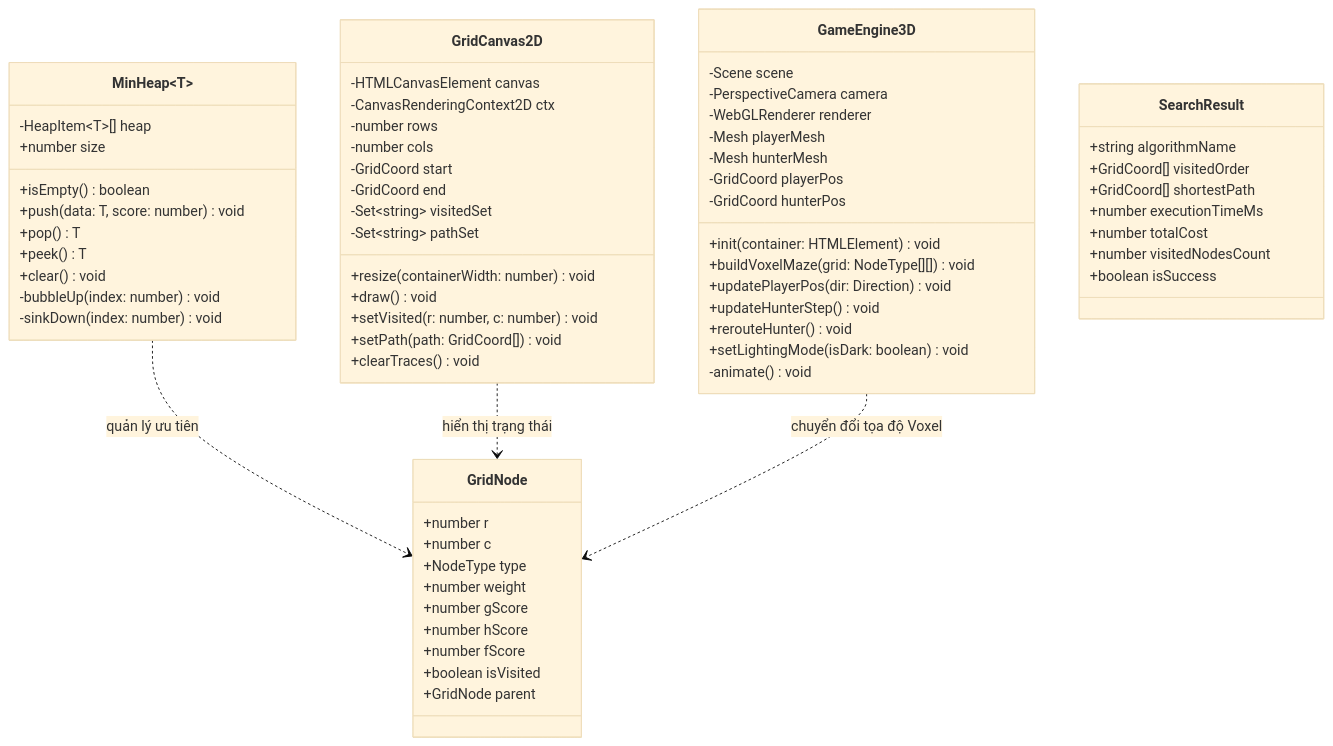
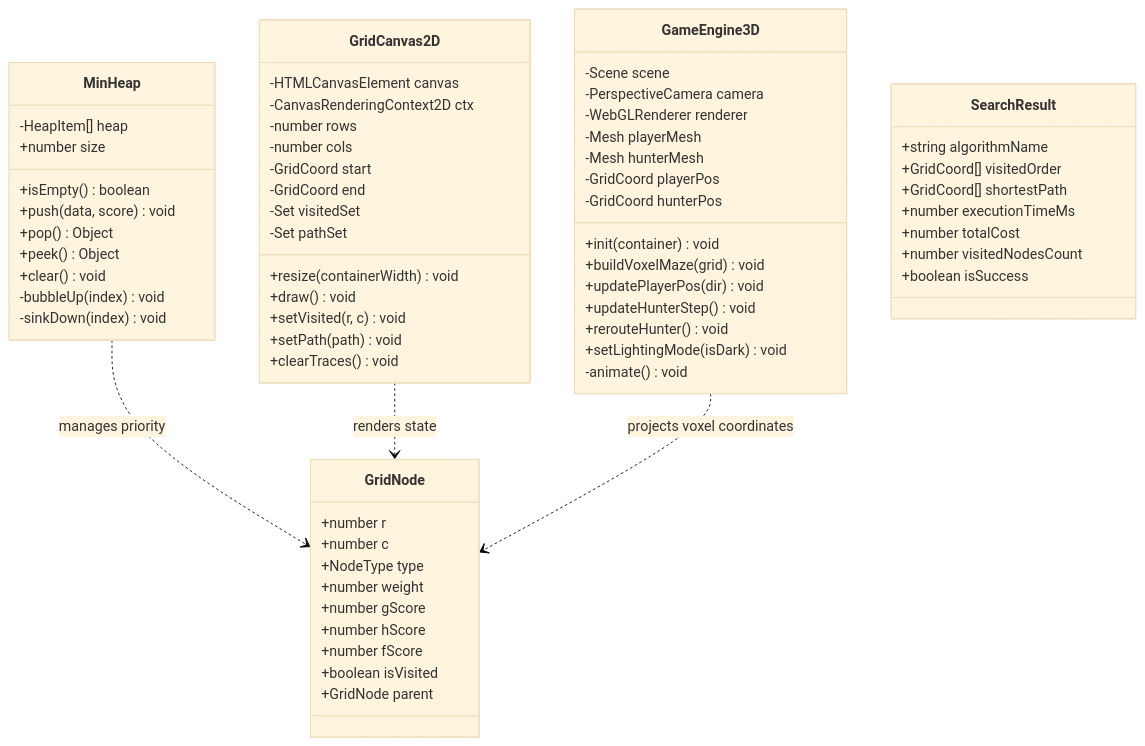
Before and after one commit to minhduc01168/pathfinding-visualizer-3d: the seventh of 7 diagrams in docs/PathQuest_Technical_Analysis.md, drawn with Mermaid (base theme). The commit also changed other lines of this file and 1 other file, not shown here.

Commit message:
docs: standardize Mermaid diagrams to English and fix rendering syntax errors

````diff
--- a/docs/PathQuest_Technical_Analysis.md
+++ b/docs/PathQuest_Technical_Analysis.md
@@ -496,73 +501,73 @@
 ```mermaid
 classDiagram
     class GridNode {
         +number r
         +number c
         +NodeType type
         +number weight
         +number gScore
         +number hScore
         +number fScore
         +boolean isVisited
         +GridNode parent
     }
 
-    class MinHeap~T~ {
-        -HeapItem~T~[] heap
+    class MinHeap {
+        -HeapItem[] heap
         +number size
         +isEmpty() boolean
-        +push(data: T, score: number) void
-        +pop() T
-        +peek() T
+        +push(data, score) void
+        +pop() Object
+        +peek() Object
         +clear() void
-        -bubbleUp(index: number) void
-        -sinkDown(index: number) void
+        -bubbleUp(index) void
+        -sinkDown(index) void
     }
 
     class GridCanvas2D {
         -HTMLCanvasElement canvas
         -CanvasRenderingContext2D ctx
         -number rows
         -number cols
         -GridCoord start
         -GridCoord end
-        -Set~string~ visitedSet
-        -Set~string~ pathSet
-        +resize(containerWidth: number) void
+        -Set visitedSet
+        -Set pathSet
+        +resize(containerWidth) void
         +draw() void
-        +setVisited(r: number, c: number) void
-        +setPath(path: GridCoord[]) void
+        +setVisited(r, c) void
+        +setPath(path) void
         +clearTraces() void
     }
 
     class GameEngine3D {
         -Scene scene
         -PerspectiveCamera camera
         -WebGLRenderer renderer
         -Mesh playerMesh
         -Mesh hunterMesh
         -GridCoord playerPos
         -GridCoord hunterPos
-        +init(container: HTMLElement) void
-        +buildVoxelMaze(grid: NodeType[][]) void
-        +updatePlayerPos(dir: Direction) void
+        +init(container) void
+        +buildVoxelMaze(grid) void
+        +updatePlayerPos(dir) void
         +updateHunterStep() void
         +rerouteHunter() void
-        +setLightingMode(isDark: boolean) void
+        +setLightingMode(isDark) void
         -animate() void
     }
 
     class SearchResult {
         +string algorithmName
         +GridCoord[] visitedOrder
         +GridCoord[] shortestPath
         +number executionTimeMs
         +number totalCost
         +number visitedNodesCount
         +boolean isSuccess
     }
 
-    MinHeap ..> GridNode : quản lý ưu tiên
-    GridCanvas2D ..> GridNode : hiển thị trạng thái
-    GameEngine3D ..> GridNode : chuyển đổi tọa độ Voxel
+    MinHeap ..> GridNode : manages priority
+    GridCanvas2D ..> GridNode : renders state
+    GameEngine3D ..> GridNode : projects voxel coordinates
 ```
````
